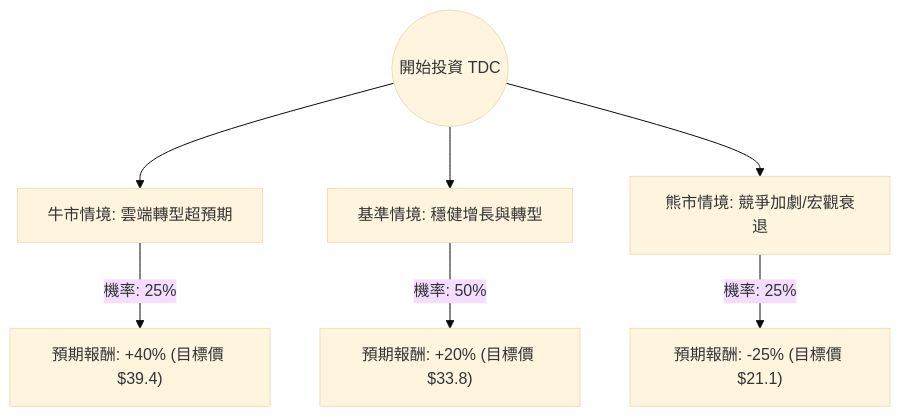
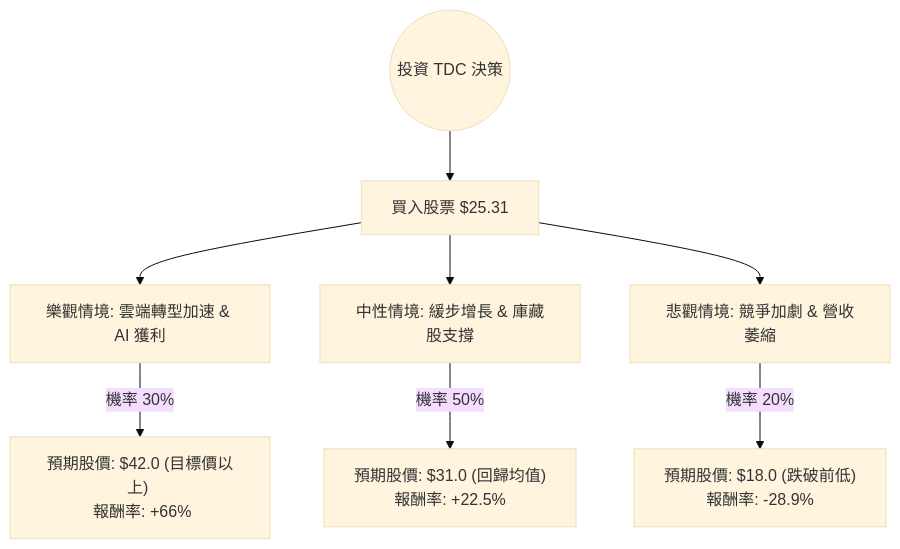
The diagram in plugin-react/ai-analysis/ev-analysis/TDC.md (zmcx16/zmcx16.github.io), drawn with Mermaid (base theme) before and after one commit. The commit also changed other lines of this file and 70 other files, not shown here.

````diff
--- a/plugin-react/ai-analysis/ev-analysis/TDC.md
+++ b/plugin-react/ai-analysis/ev-analysis/TDC.md
@@ -20,10 +18,12 @@
 ```mermaid
 graph TD
-    Start((開始投資 TDC)) --> Bull[牛市情境: 雲端轉型超預期]
-    Start --> Base[基準情境: 穩健增長與轉型]
-    Start --> Bear[熊市情境: 競爭加劇/宏觀衰退]
+    Start((投資 TDC 決策)) --> Invest[買入股票 $25.31]
+    
+    Invest --> Bull[樂觀情境: 雲端轉型加速 & AI 獲利]
+    Invest --> Base[中性情境: 緩步增長 & 庫藏股支撐]
+    Invest --> Bear[悲觀情境: 競爭加劇 & 營收萎縮]
 
-    Bull -- "機率: 25%" --> Bull_EV["預期報酬: +40% (目標價 $39.4)"]
-    Base -- "機率: 50%" --> Base_EV["預期報酬: +20% (目標價 $33.8)"]
-    Bear -- "機率: 25%" --> Bear_EV["預期報酬: -25% (目標價 $21.1)"]
+    Bull -- "機率 30%" --> BullVal["預期股價: $42.0 (目標價以上) <br> 報酬率: +66%"]
+    Base -- "機率 50%" --> BaseVal["預期股價: $31.0 (回歸均值) <br> 報酬率: +22.5%"]
+    Bear -- "機率 20%" --> BearVal["預期股價: $18.0 (跌破前低) <br> 報酬率: -28.9%"]
 ```
````
